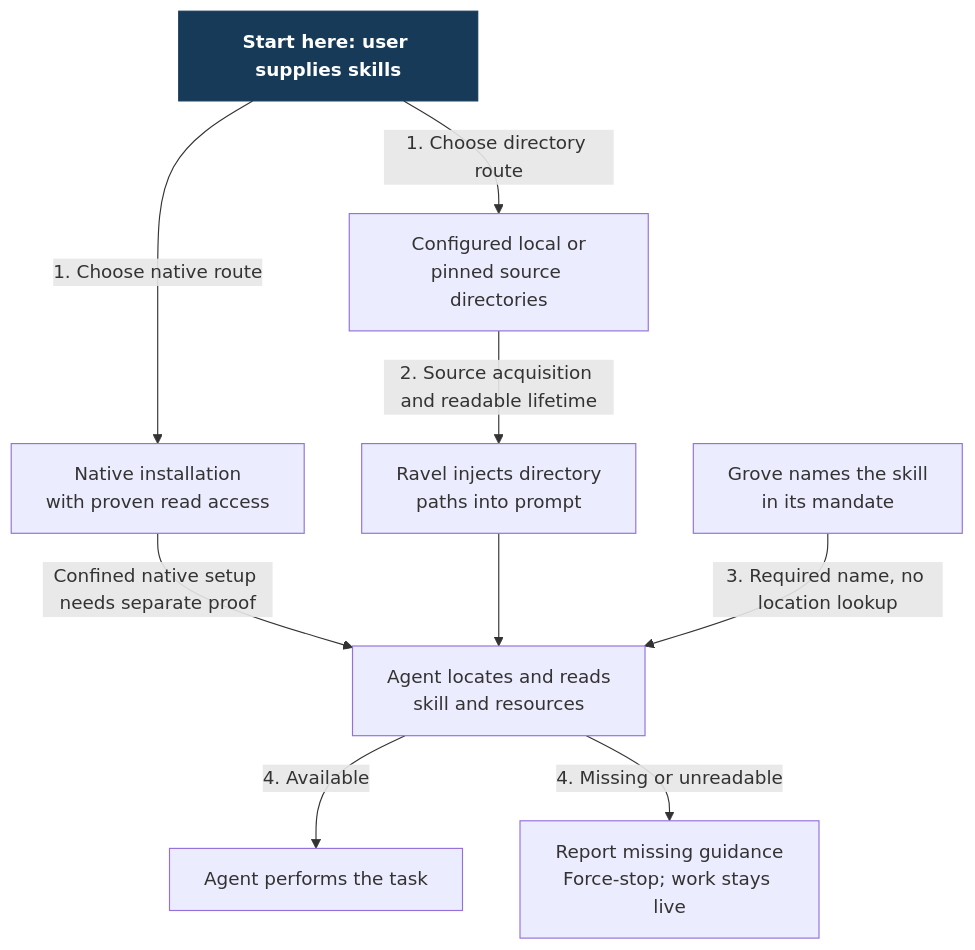
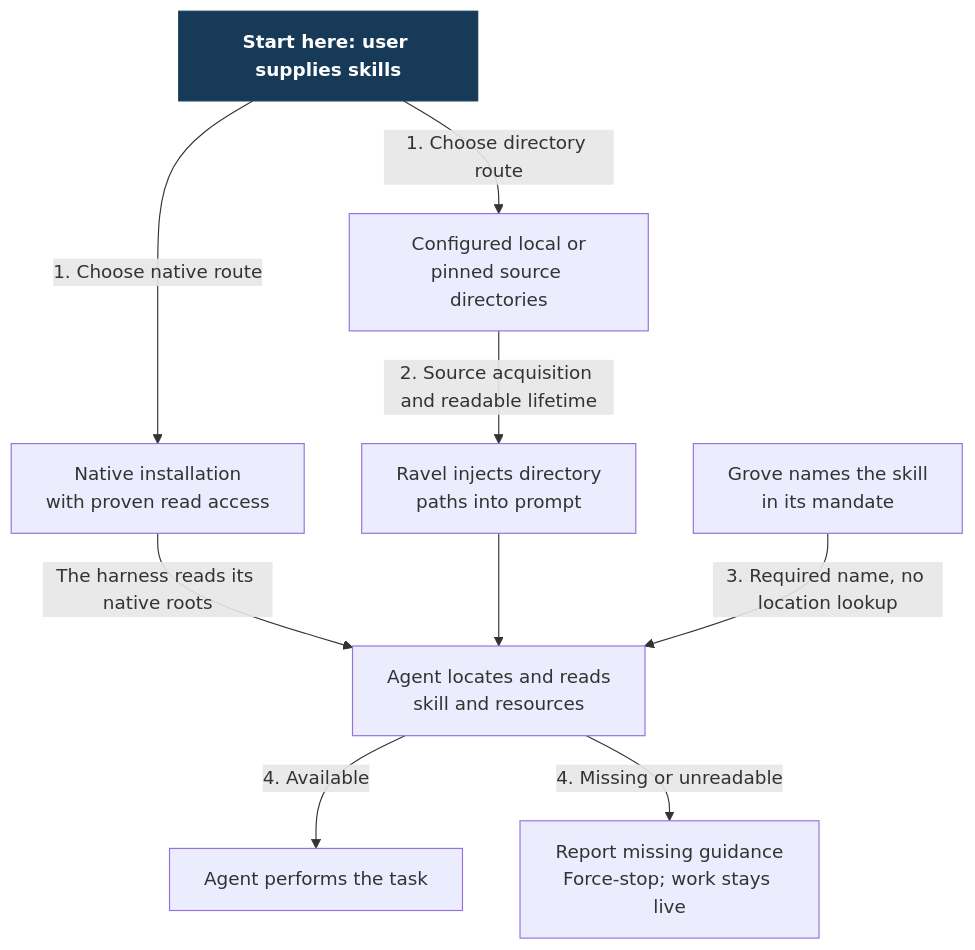
Before and after one commit to Linkuistics/grove: the diagram in docs/design/harness-selection-and-execution/skill-delivery.mmd, drawn with Mermaid. The commit also changed 23 other files, not shown here.

```diff
--- a/docs/design/harness-selection-and-execution/skill-delivery.mmd
+++ b/docs/design/harness-selection-and-execution/skill-delivery.mmd
@@ -1,18 +1,18 @@
 flowchart TB
   Owner["Start here: user supplies skills"]:::start
   Native["Native installation<br/>with proven read access"]
   Sources["Configured local or<br/>pinned source directories"]
   Ravel["Ravel injects directory<br/>paths into prompt"]
   Grove["Grove names the skill<br/>in its mandate"]
   Agent["Agent locates and reads<br/>skill and resources"]
   Missing["Report missing guidance<br/>Force-stop; work stays live"]
   Work["Agent performs the task"]
   Owner -->|"1. Choose native route"| Native
   Owner -->|"1. Choose directory route"| Sources
   Sources -->|"2. Source acquisition and readable lifetime"| Ravel
-  Native -->|"Confined native setup needs separate proof"| Agent
+  Native -->|"The harness reads its native roots"| Agent
   Ravel --> Agent
   Grove -->|"3. Required name, no location lookup"| Agent
   Agent -->|"4. Available"| Work
   Agent -->|"4. Missing or unreadable"| Missing
   classDef start fill:#163a57,color:#fff,stroke:#163a57,font-weight:bold
```
